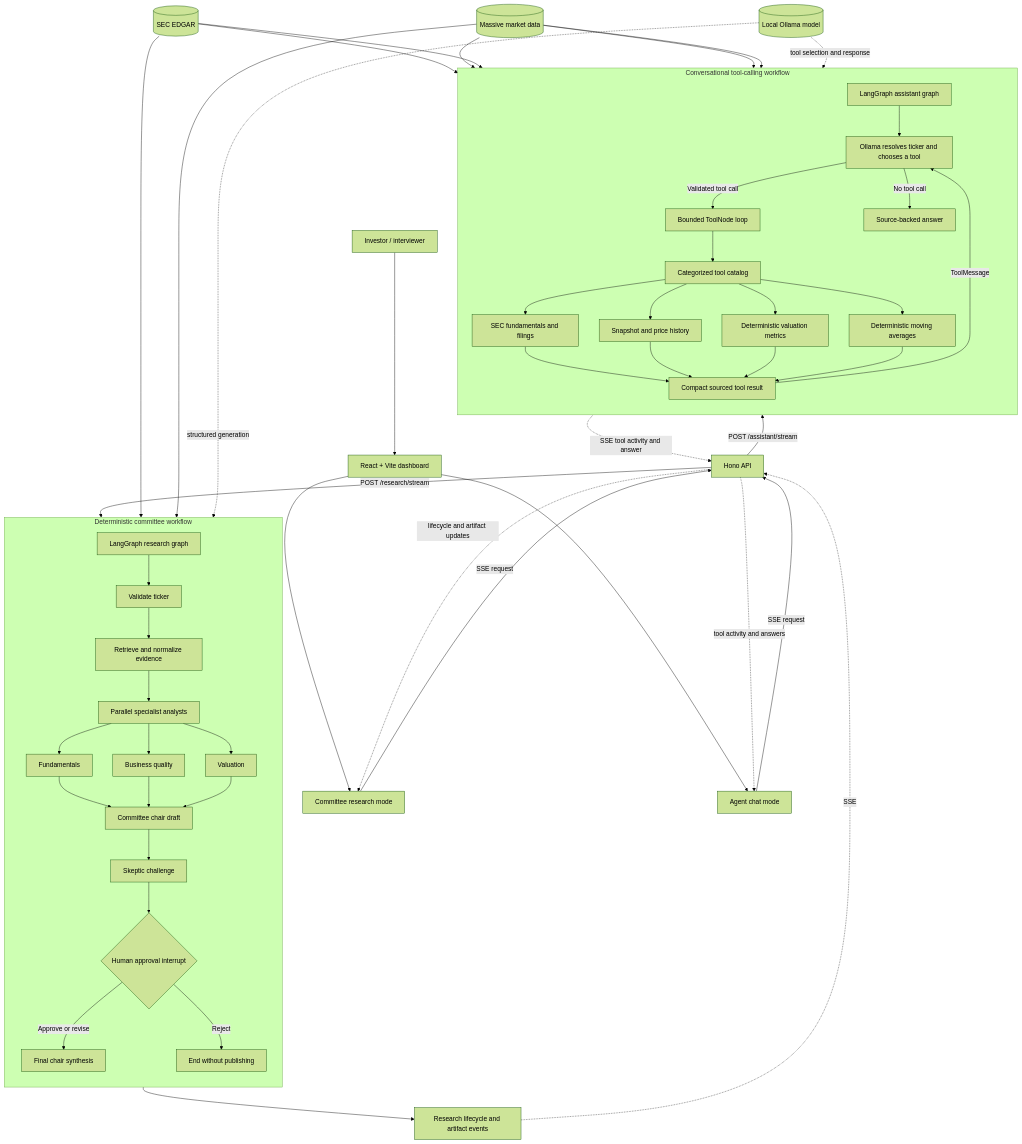
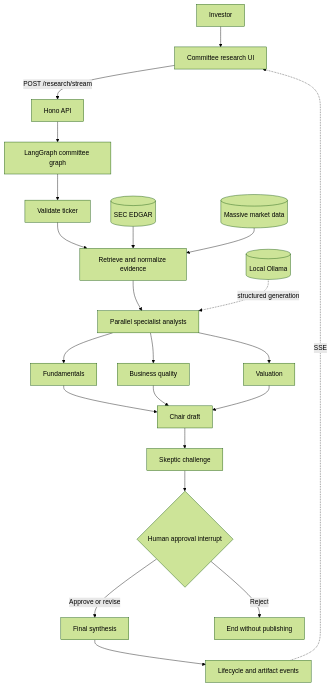
The first of 2 diagrams in docs/ARCHITECTURE.md (YuFanDeng/investment-research-committee), drawn with Mermaid (forest theme) before and after one commit. The commit also changed other lines of this file and 20 other files, not shown here.

Commit message:
Add quarterly SEC fundamentals support

````diff
--- a/docs/ARCHITECTURE.md
+++ b/docs/ARCHITECTURE.md
@@ -6,61 +12,24 @@
 ```mermaid
 flowchart TB
-    User[Investor / interviewer] --> Web[React + Vite dashboard]
-    Web --> CommitteeUI[Committee research mode]
-    Web --> AgentUI[Agent chat mode]
-    CommitteeUI -->|SSE request| API[Hono API]
-    AgentUI -->|SSE request| API
-
-    subgraph Committee[Deterministic committee workflow]
-        direction TB
-        ResearchGraph[LangGraph research graph] --> Validate[Validate ticker]
-        Validate --> Evidence[Retrieve and normalize evidence]
-        Evidence --> Analysts[Parallel specialist analysts]
-        Analysts --> Fundamentals[Fundamentals]
-        Analysts --> Business[Business quality]
-        Analysts --> Valuation[Valuation]
-        Fundamentals --> Draft[Committee chair draft]
-        Business --> Draft
-        Valuation --> Draft
-        Draft --> Skeptic[Skeptic challenge]
-        Skeptic --> Approval{Human approval interrupt}
-        Approval -->|Approve or revise| Final[Final chair synthesis]
-        Approval -->|Reject| Rejected[End without publishing]
-    end
-
-    subgraph Assistant[Conversational tool-calling workflow]
-        direction TB
-        AgentGraph[LangGraph assistant graph] --> Model[Ollama resolves ticker and chooses a tool]
-        Model -->|Validated tool call| ToolNode[Bounded ToolNode loop]
-        ToolNode --> Catalog[Categorized tool catalog]
-        Catalog --> SecTools[SEC fundamentals and filings]
-        Catalog --> MarketTools[Snapshot and price history]
-        Catalog --> ValuationTools[Deterministic valuation metrics]
-        Catalog --> TechnicalTools[Deterministic moving averages]
-        SecTools --> ToolResult[Compact sourced tool result]
-        MarketTools --> ToolResult
-        ValuationTools --> ToolResult
-        TechnicalTools --> ToolResult
-        ToolResult -->|ToolMessage| Model
-        Model -->|No tool call| Answer[Source-backed answer]
-    end
-
-    API -->|POST /research/stream| ResearchGraph
-    API -->|POST /assistant/stream| AgentGraph
-
+    User[Investor] --> UI[Committee research UI]
+    UI -->|POST /research/stream| API[Hono API]
+    API --> Graph[LangGraph committee graph]
+    Graph --> Validate[Validate ticker]
+    Validate --> Evidence[Retrieve and normalize evidence]
     SEC[(SEC EDGAR)] --> Evidence
     Massive[(Massive market data)] --> Evidence
-    SEC --> SecTools
-    Massive --> MarketTools
-    SEC --> ValuationTools
-    Massive --> ValuationTools
-    Massive --> TechnicalTools
-    Ollama[(Local Ollama model)] -. structured generation .-> Analysts
-    Ollama -. tool selection and response .-> Model
-
-    Final --> ResearchEvents[Research lifecycle and artifact events]
-    ResearchEvents -. SSE .-> API
-    Answer -. SSE tool activity and answer .-> API
-    API -. lifecycle and artifact updates .-> CommitteeUI
-    API -. tool activity and answers .-> AgentUI
+    Evidence --> Analysts[Parallel specialist analysts]
+    Ollama[(Local Ollama)] -. structured generation .-> Analysts
+    Analysts --> Fundamentals[Fundamentals]
+    Analysts --> Business[Business quality]
+    Analysts --> Valuation[Valuation]
+    Fundamentals --> Draft[Chair draft]
+    Business --> Draft
+    Valuation --> Draft
+    Draft --> Skeptic[Skeptic challenge]
+    Skeptic --> Approval{Human approval interrupt}
+    Approval -->|Approve or revise| Final[Final synthesis]
+    Approval -->|Reject| Rejected[End without publishing]
+    Final --> Events[Lifecycle and artifact events]
+    Events -. SSE .-> UI
 ```
````
